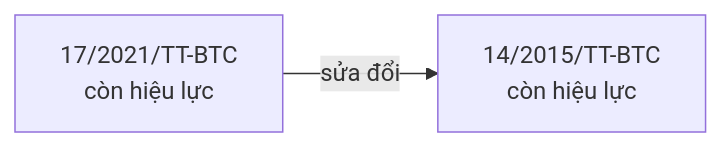
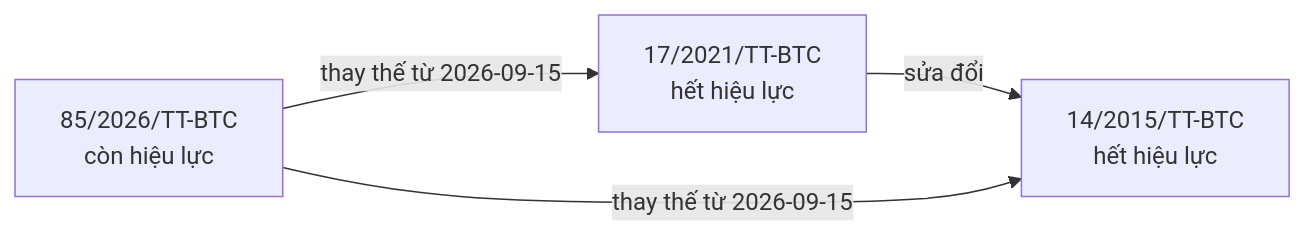
Before and after one commit to ozvietnam/oz-wiki-plhq: the fourth of 8 diagrams in bao-cao/quan-he.md, drawn with Mermaid. The commit also changed other lines of this file and 4 other files, not shown here.

````diff
--- a/bao-cao/quan-he.md
+++ b/bao-cao/quan-he.md
@@ -118,6 +132,9 @@
 ```mermaid
 flowchart LR
-  n_17_2021_TT_BTC["17/2021/TT-BTC<br/>còn hiệu lực"]
-  n_14_2015_TT_BTC["14/2015/TT-BTC<br/>còn hiệu lực"]
+  n_17_2021_TT_BTC["17/2021/TT-BTC<br/>hết hiệu lực"]
+  n_14_2015_TT_BTC["14/2015/TT-BTC<br/>hết hiệu lực"]
+  n_85_2026_TT_BTC["85/2026/TT-BTC<br/>còn hiệu lực"]
   n_17_2021_TT_BTC -->|sửa đổi| n_14_2015_TT_BTC
+  n_85_2026_TT_BTC -->|thay thế từ 2026-09-15| n_14_2015_TT_BTC
+  n_85_2026_TT_BTC -->|thay thế từ 2026-09-15| n_17_2021_TT_BTC
 ```
````
